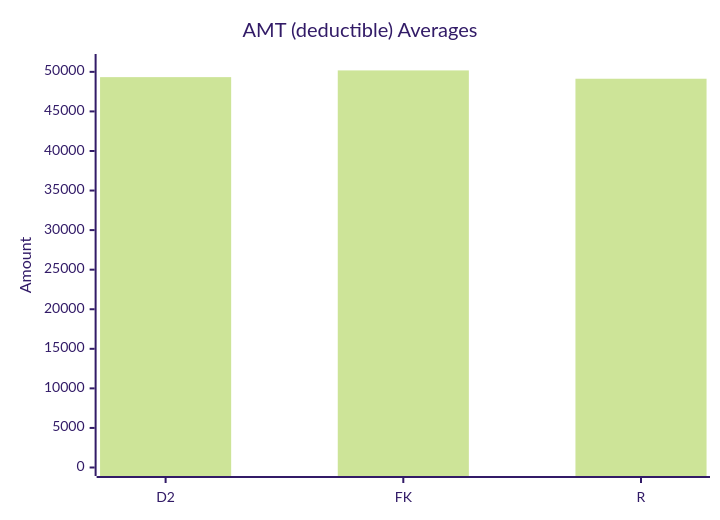
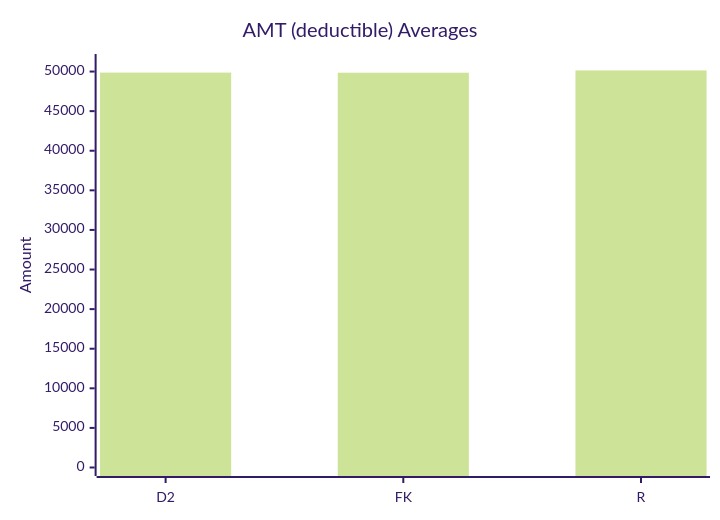
Before and after one commit to dhagan-va/intern-2025: the ninth of 10 diagrams in test-tools/DataGen/src/Statistics_Visualizer.md, drawn with Mermaid (forest theme). The commit also changed other lines of this file and 2 other files, not shown here.

````diff
--- a/test-tools/DataGen/src/Statistics_Visualizer.md
+++ b/test-tools/DataGen/src/Statistics_Visualizer.md
@@ -98,7 +98,7 @@
 ```mermaid
 xychart-beta
     title "AMT (deductible) Averages"
     x-axis ["D2", "FK", "R"]
-    y-axis "Amount" 0 --> 51181.24693934335
-    bar [49331.44734557604, 50181.24693934335, 49128.62315525886]
+    y-axis "Amount" 0 --> 51142.34188381168
+    bar [49866.705819418166, 49852.28711128879, 50142.34188381168]
 ```
````
